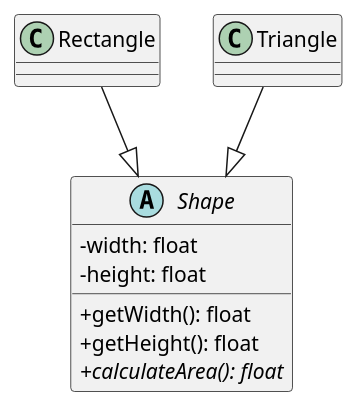
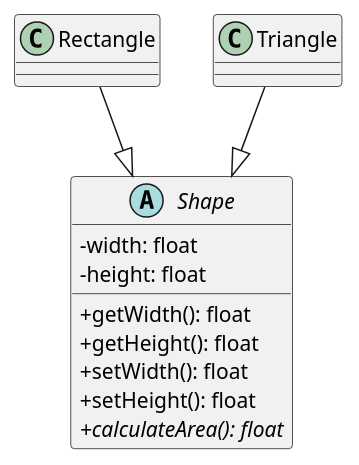
One commit to alangiralt-dot/tasca_s1_05 changed the diagram in nivell_1/exercici_2/diagram.puml. Above: the diagram before and after it, drawn with PlantUML.

Commit message:
docs: update setters

```diff
--- a/nivell_1/exercici_2/diagram.puml
+++ b/nivell_1/exercici_2/diagram.puml
@@ -1,14 +1,16 @@
 @startuml
 skinparam classAttributeIconSize 0
 abstract class Shape{
     - width: float
     - height: float
     + getWidth(): float
     + getHeight(): float
+    + setWidth(): float
+    + setHeight(): float
     + {abstract} calculateArea(): float
 }
 class Rectangle
 class Triangle
 Rectangle --|> Shape
 Triangle --|> Shape
 @enduml
```
